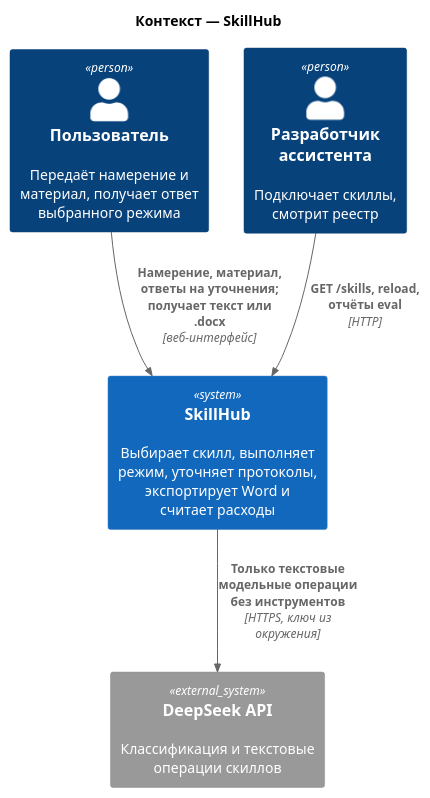
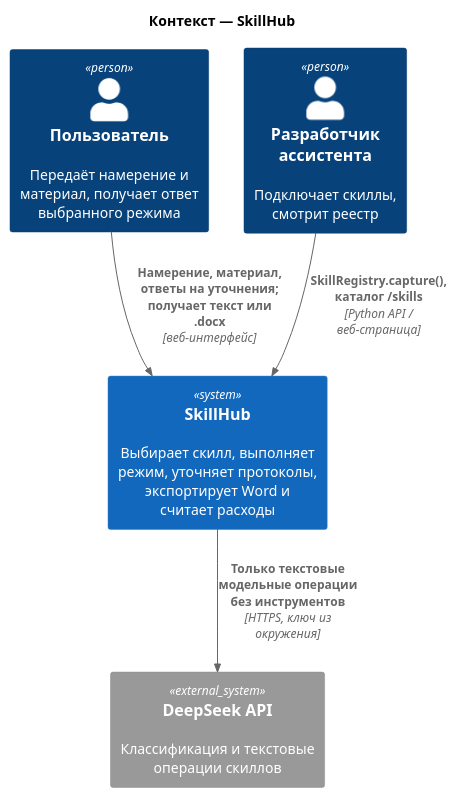
One commit to GlebKostousov/skillhub changed the first of 6 diagrams in docs/architecture/skillhub.md. Above: the diagram before and after it, drawn with PlantUML. The commit also changed other lines of this file and 168 other files, not shown here.

````diff
--- a/docs/architecture/skillhub.md
+++ b/docs/architecture/skillhub.md
@@ -23,15 +23,15 @@
 ```puml
 @startuml
 !include <C4/C4_Context>
 title Контекст — SkillHub
 
 Person(user, "Пользователь", "Передаёт намерение и материал, получает ответ выбранного режима")
 Person(dev, "Разработчик ассистента", "Подключает скиллы, смотрит реестр")
 System(hub, "SkillHub", "Выбирает скилл, выполняет режим, уточняет протоколы, экспортирует Word и считает расходы")
 System_Ext(deepseek, "DeepSeek API", "Классификация и текстовые операции скиллов")
 
 Rel(user, hub, "Намерение, материал, ответы на уточнения; получает текст или .docx", "веб-интерфейс")
-Rel(dev, hub, "GET /skills, reload, отчёты eval", "HTTP")
+Rel(dev, hub, "SkillRegistry.capture(), каталог /skills", "Python API / веб-страница")
 Rel(hub, deepseek, "Только текстовые модельные операции без инструментов", "HTTPS, ключ из окружения")
 @enduml
 ```
````
